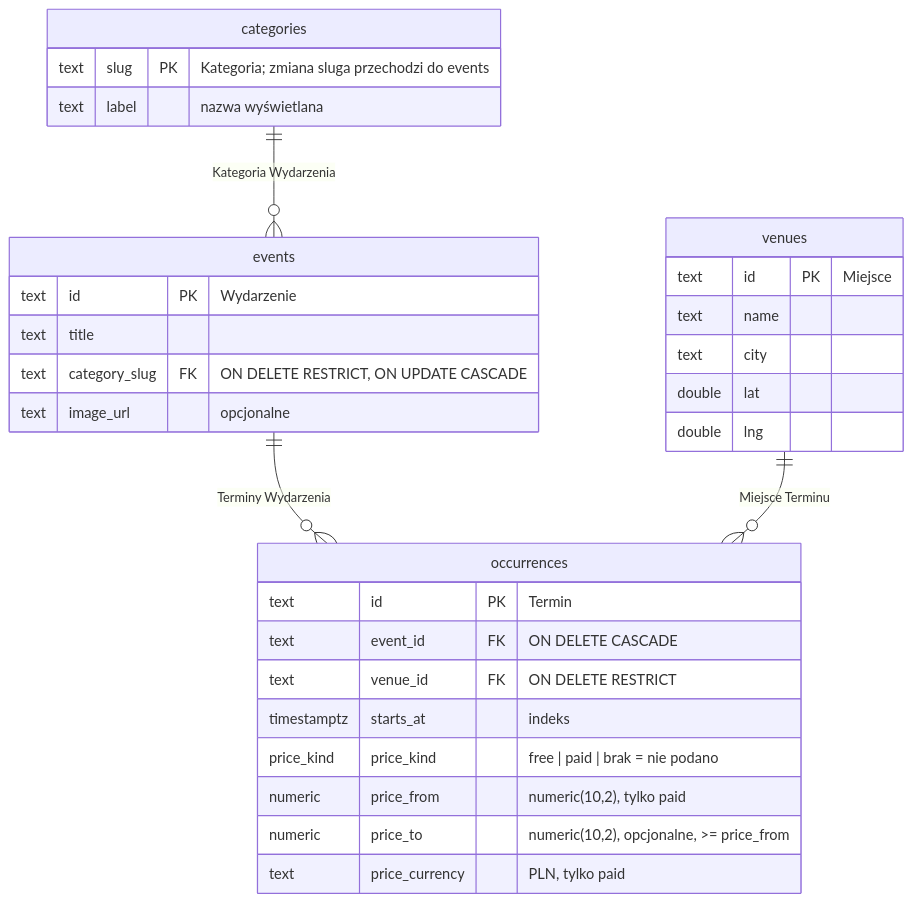
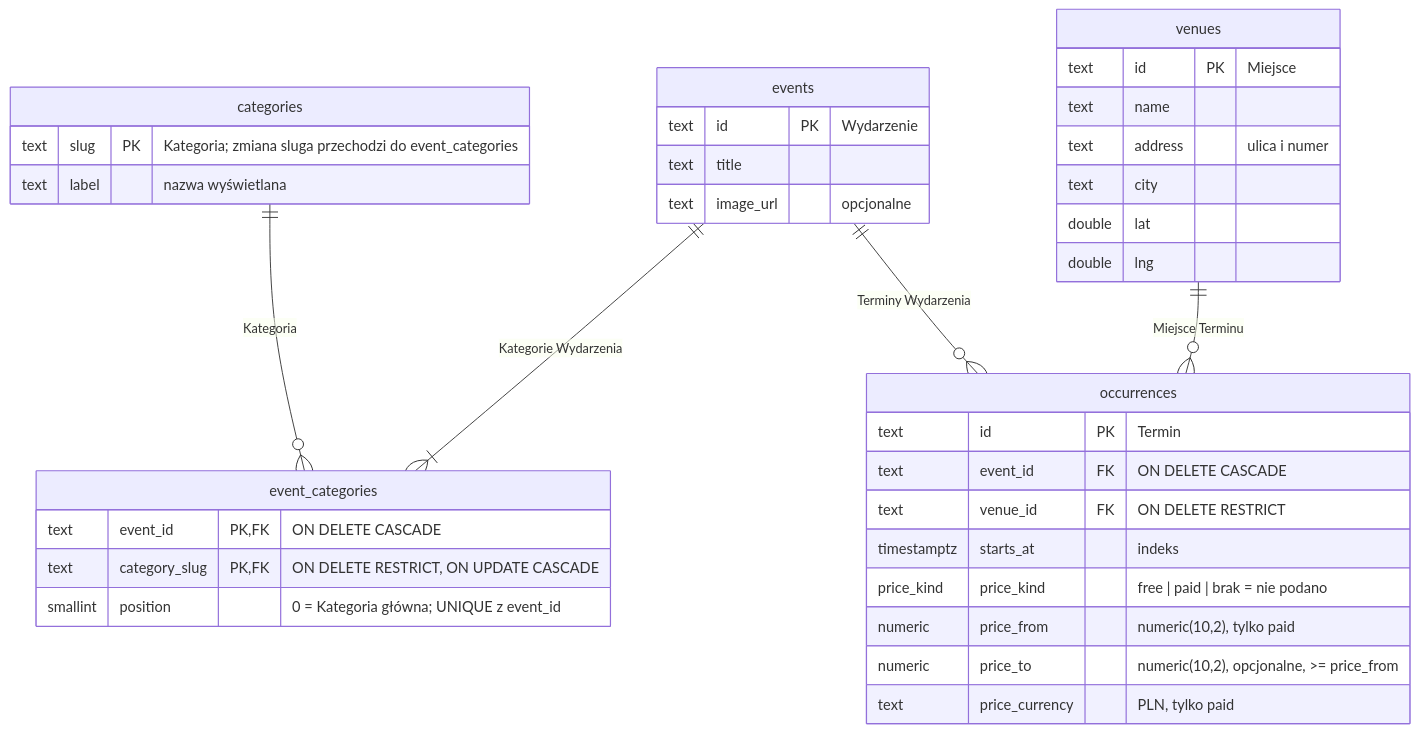
The diagram in docs/database.md (kspacja/events-app), drawn with Mermaid before and after one commit. The commit also changed other lines of this file and 20 other files, not shown here.

First line of the commit message:
Give venues an address and events one or more categories

````diff
--- a/docs/database.md
+++ b/docs/database.md
@@ -7,34 +7,40 @@
 ```mermaid
 erDiagram
-    categories ||--o{ events : "Kategoria Wydarzenia"
+    categories ||--o{ event_categories : "Kategoria"
+    events ||--|{ event_categories : "Kategorie Wydarzenia"
     events ||--o{ occurrences : "Terminy Wydarzenia"
     venues ||--o{ occurrences : "Miejsce Terminu"
 
     categories {
-        text slug PK "Kategoria; zmiana sluga przechodzi do events"
+        text slug PK "Kategoria; zmiana sluga przechodzi do event_categories"
         text label "nazwa wyświetlana"
     }
     venues {
         text id PK "Miejsce"
         text name
+        text address "ulica i numer"
         text city
         double lat
         double lng
     }
     events {
         text id PK "Wydarzenie"
         text title
-        text category_slug FK "ON DELETE RESTRICT, ON UPDATE CASCADE"
         text image_url "opcjonalne"
+    }
+    event_categories {
+        text event_id PK, FK "ON DELETE CASCADE"
+        text category_slug PK, FK "ON DELETE RESTRICT, ON UPDATE CASCADE"
+        smallint position "0 = Kategoria główna; UNIQUE z event_id"
     }
     occurrences {
         text id PK "Termin"
         text event_id FK "ON DELETE CASCADE"
         text venue_id FK "ON DELETE RESTRICT"
         timestamptz starts_at "indeks"
         price_kind price_kind "free | paid | brak = nie podano"
         numeric price_from "numeric(10,2), tylko paid"
         numeric price_to "numeric(10,2), opcjonalne, >= price_from"
         text price_currency "PLN, tylko paid"
     }
 ```
````
